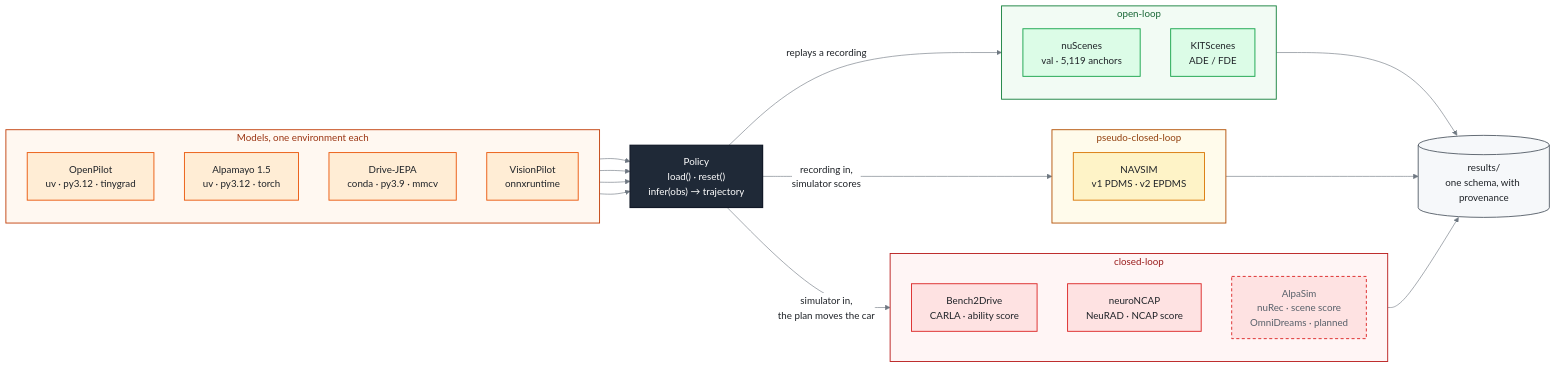
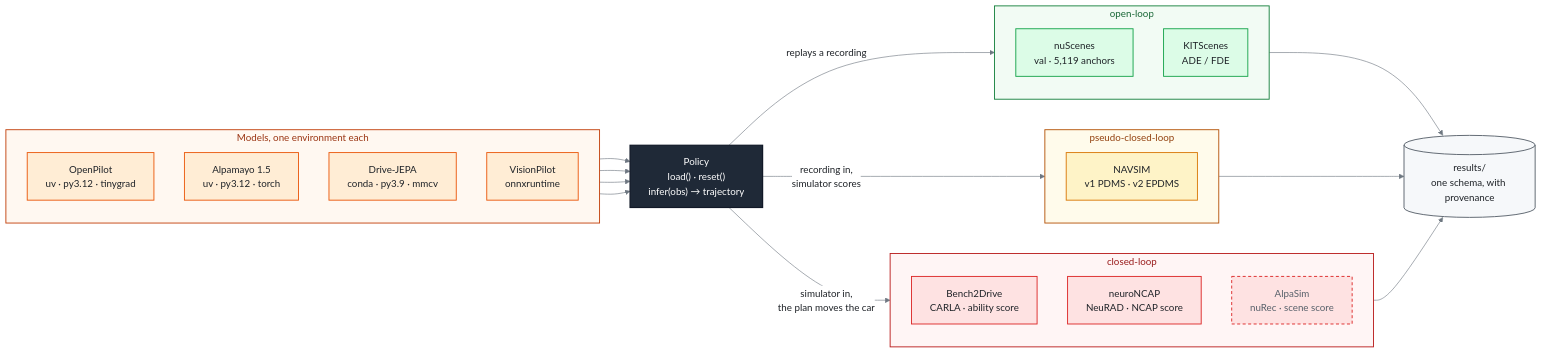
One commit to FastCodeAI/Paddock changed the diagram in README.md. Above: the diagram before and after it, drawn with Mermaid.

Commit message:
README: drop OmniDreams from the architecture diagram; nuRec is the AlpaSim score

````diff
--- a/README.md
+++ b/README.md
@@ -33,57 +33,57 @@
 ```mermaid
 %%{init: {"theme": "base", "themeVariables": {"primaryTextColor": "#1f2328", "lineColor": "#6e7781",
   "edgeLabelBackground": "#ffffff", "clusterBkg": "#ffffff", "clusterBorder": "#d0d7de"}}}%%
 flowchart LR
     subgraph models ["Models, one environment each"]
         direction TB
         op["OpenPilot<br/>uv · py3.12 · tinygrad"]
         al["Alpamayo 1.5<br/>uv · py3.12 · torch"]
         dj["Drive-JEPA<br/>conda · py3.9 · mmcv"]
         vp["VisionPilot<br/>onnxruntime"]
     end
 
     pol["Policy<br/>load() · reset()<br/>infer(obs) → trajectory"]
 
     subgraph open ["open-loop"]
         direction TB
         ns["nuScenes<br/>val · 5,119 anchors"]
         ks["KITScenes<br/>ADE / FDE"]
     end
     subgraph pseudo ["pseudo-closed-loop"]
         nv["NAVSIM<br/>v1 PDMS · v2 EPDMS"]
     end
     subgraph closed ["closed-loop"]
         direction TB
         b2d["Bench2Drive<br/>CARLA · ability score"]
         nc["neuroNCAP<br/>NeuRAD · NCAP score"]
-        alp["AlpaSim<br/>nuRec · scene score<br/>OmniDreams · planned"]
+        alp["AlpaSim<br/>nuRec · scene score"]
     end
 
     res[("results/<br/>one schema, with provenance")]
 
     op & al & dj & vp --> pol
     pol -- "replays a recording" --> open
     pol -- "recording in,<br/>simulator scores" --> pseudo
     pol -- "simulator in,<br/>the plan moves the car" --> closed
     open & pseudo & closed --> res
 
     style models fill:#fff8f1,stroke:#c2410c,stroke-width:1.5px,color:#9a3412
     style open   fill:#f2fbf4,stroke:#15803d,stroke-width:1.5px,color:#166534
     style pseudo fill:#fffbeb,stroke:#b45309,stroke-width:1.5px,color:#92400e
     style closed fill:#fff5f5,stroke:#b91c1c,stroke-width:1.5px,color:#991b1b
 
     classDef model   fill:#ffedd5,stroke:#ea580c,stroke-width:1.5px,color:#1f2328
     classDef waist   fill:#1f2937,stroke:#111827,stroke-width:2px,color:#ffffff
     classDef ol      fill:#dcfce7,stroke:#16a34a,stroke-width:1.5px,color:#1f2328
     classDef pcl     fill:#fef3c7,stroke:#d97706,stroke-width:1.5px,color:#1f2328
     classDef cl      fill:#fee2e2,stroke:#dc2626,stroke-width:1.5px,color:#1f2328
     classDef planned stroke-dasharray:5 4,color:#57606a
     classDef store   fill:#f6f8fa,stroke:#57606a,stroke-width:1.5px,color:#1f2328
     class op,al,dj,vp model
     class pol waist
     class ns,ks ol
     class nv pcl
     class b2d,nc,alp cl
     class alp planned
     class res store
 ```
````
